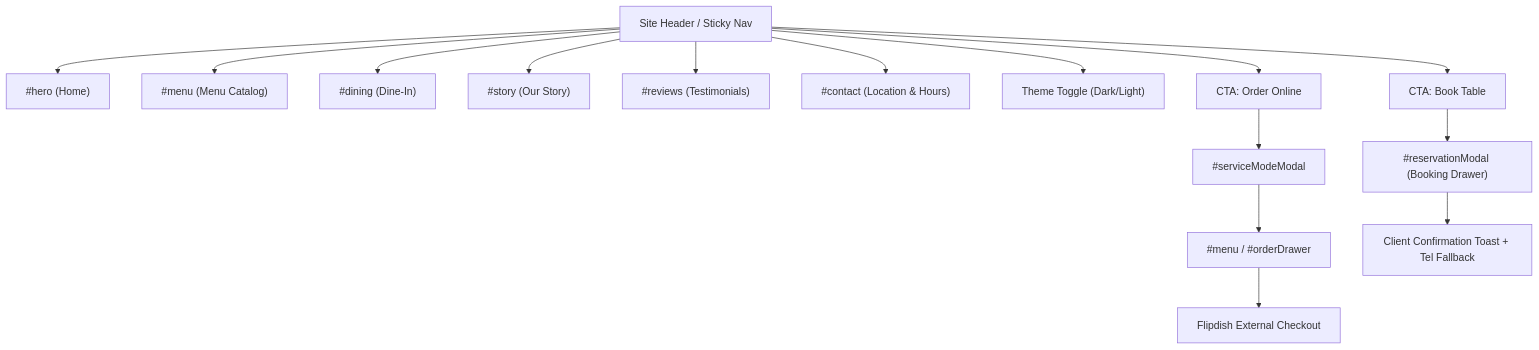
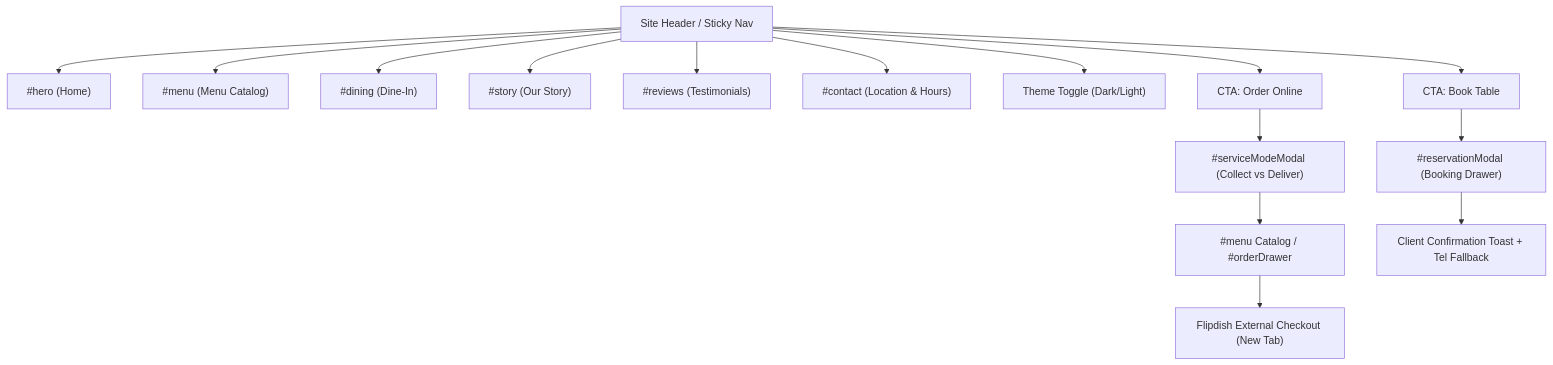
Before and after one commit to SuryatejaS-UX/project-lezzetli: the diagram in DEVELOPER_HANDOFF.md, drawn with Mermaid. The commit also changed other lines of this file, not shown here.

````diff
--- a/DEVELOPER_HANDOFF.md
+++ b/DEVELOPER_HANDOFF.md
@@ -102,19 +108,19 @@
 ```mermaid
 graph TD
     A["Site Header / Sticky Nav"] --> B["#hero (Home)"]
     A --> C["#menu (Menu Catalog)"]
     A --> D["#dining (Dine-In)"]
     A --> E["#story (Our Story)"]
     A --> F["#reviews (Testimonials)"]
     A --> G["#contact (Location & Hours)"]
     A --> H["Theme Toggle (Dark/Light)"]
     A --> I["CTA: Order Online"]
     A --> J["CTA: Book Table"]
 
-    I --> K["#serviceModeModal"]
-    K --> L["#menu / #orderDrawer"]
-    L --> M["Flipdish External Checkout"]
+    I --> K["#serviceModeModal (Collect vs Deliver)"]
+    K --> L["#menu Catalog / #orderDrawer"]
+    L --> M["Flipdish External Checkout (New Tab)"]
 
     J --> N["#reservationModal (Booking Drawer)"]
     N --> O["Client Confirmation Toast + Tel Fallback"]
 ```
````
